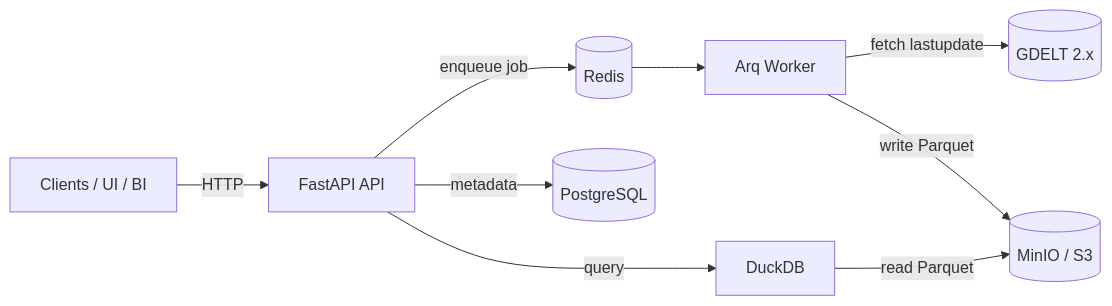
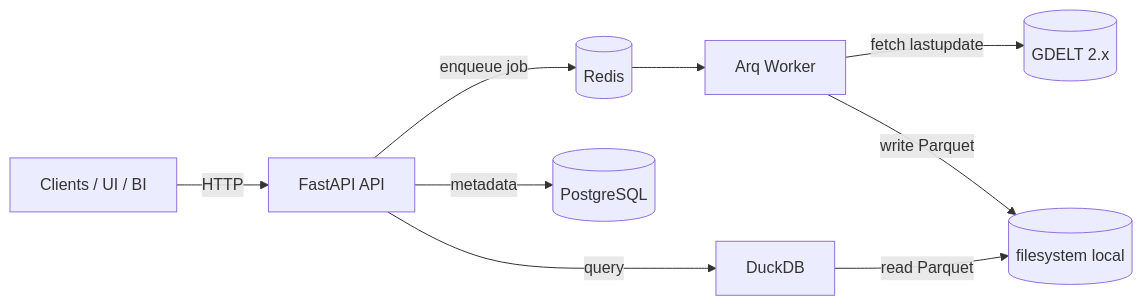
One commit to ranoelisondimbisoapatrick-lab/fastapi_haute_performance_gdelt changed the diagram in docs/ARCHITECTURE.md. Above: the diagram before and after it, drawn with Mermaid. The commit also changed other lines of this file and 22 other files, not shown here.

````diff
--- a/docs/ARCHITECTURE.md
+++ b/docs/ARCHITECTURE.md
@@ -14,11 +14,11 @@
 ```mermaid
 flowchart LR
   C[Clients / UI / BI] -->|HTTP| API[FastAPI API]
   API -->|enqueue job| R[(Redis)]
   R --> W[Arq Worker]
   W -->|fetch lastupdate| GDELT[(GDELT 2.x)]
-  W -->|write Parquet| S3[(MinIO / S3)]
+  W -->|write Parquet| filesystem[(filesystem local)]
   API -->|query| D[DuckDB]
-  D -->|read Parquet| S3
+  D -->|read Parquet| filesystem
   API -->|metadata| PG[(PostgreSQL)]
 ```
````
